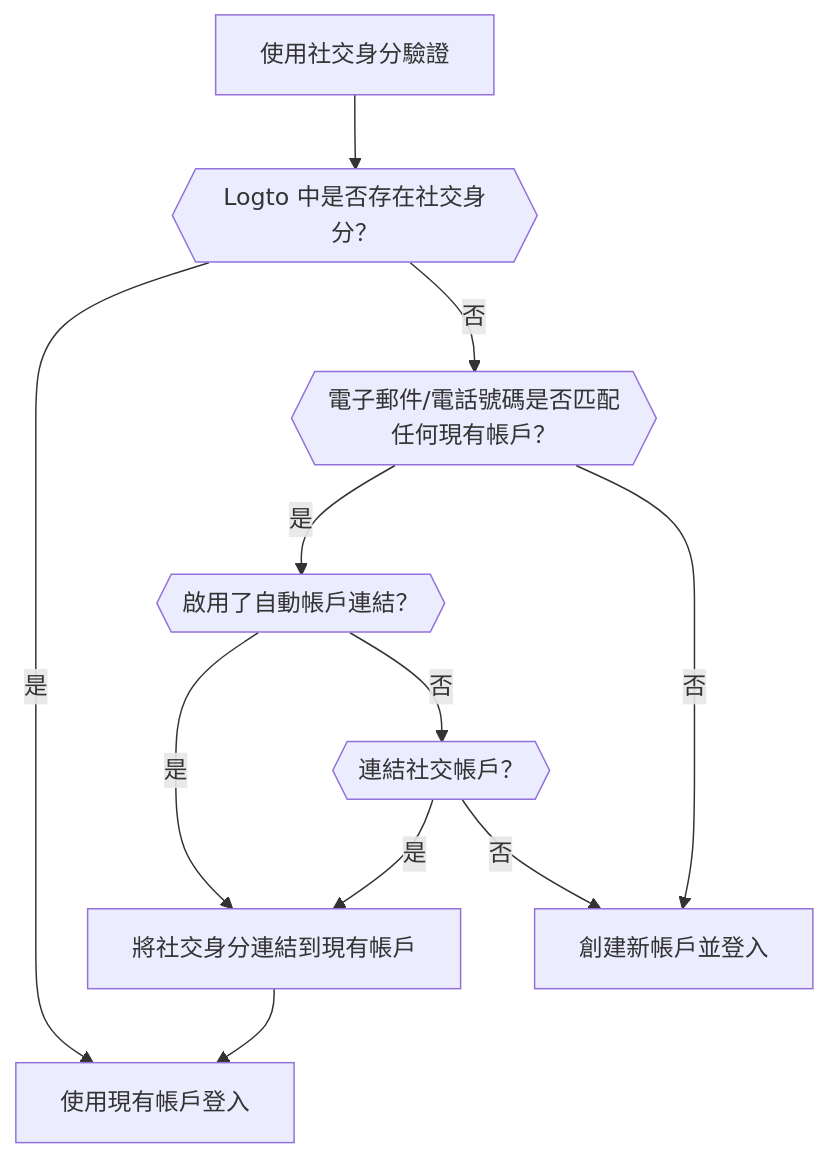
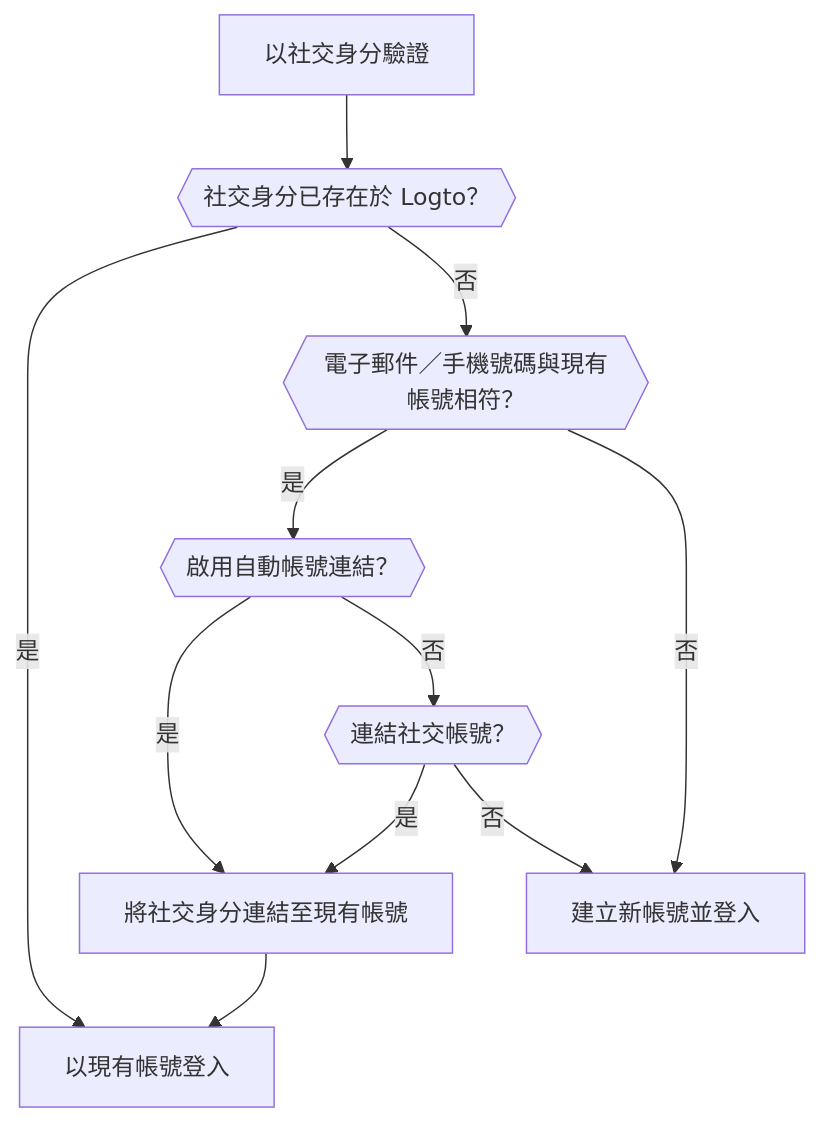
The second of 6 diagrams in i18n/zh-TW/docusaurus-plugin-content-docs/current/end-user-flows/sign-up-and-sign-in/social-sign-in.mdx (logto-io/docs), drawn with Mermaid before and after one commit. The commit also changed other lines of this file and 59 other files, not shown here.

````diff
--- a/i18n/zh-TW/docusaurus-plugin-content-docs/current/end-user-flows/sign-up-and-sign-in/social-sign-in.mdx
+++ b/i18n/zh-TW/docusaurus-plugin-content-docs/current/end-user-flows/sign-up-and-sign-in/social-sign-in.mdx
@@ -105,13 +80,13 @@
     ```mermaid
     flowchart TD
-    A[使用社交身分驗證] --> B{{Logto 中是否存在社交身分？}}
-    B -- 是 --> C[使用現有帳戶登入]
-    B -- 否 --> D{{電子郵件/電話號碼是否匹配任何現有帳戶？}}
-    D -- 是 --> E{{啟用了自動帳戶連結？}}
-    E -- 是 --> G[將社交身分連結到現有帳戶]
+    A[以社交身分驗證] --> B{{社交身分已存在於 Logto？}}
+    B -- 是 --> C[以現有帳號登入]
+    B -- 否 --> D{{電子郵件／手機號碼與現有帳號相符？}}
+    D -- 是 --> E{{啟用自動帳號連結？}}
+    E -- 是 --> G[將社交身分連結至現有帳號]
     G --> C
-    D -- 否 --> H[創建新帳戶並登入]
-    E -- 否 --> I{{連結社交帳戶？}}
+    D -- 否 --> H[建立新帳號並登入]
+    E -- 否 --> I{{連結社交帳號？}}
     I -- 是 --> G
     I -- 否 --> H
     ```
````
